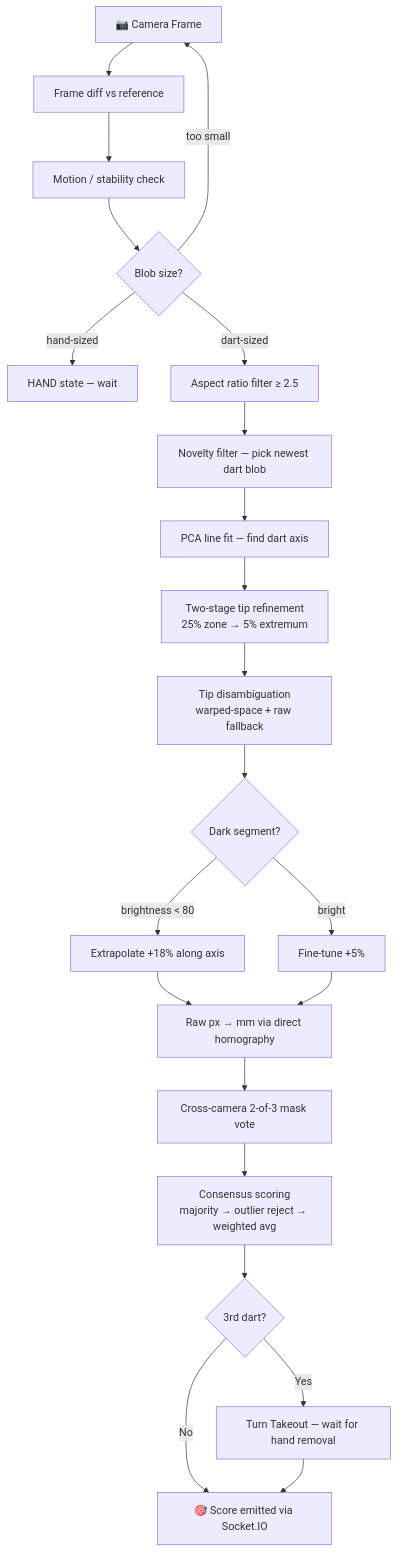
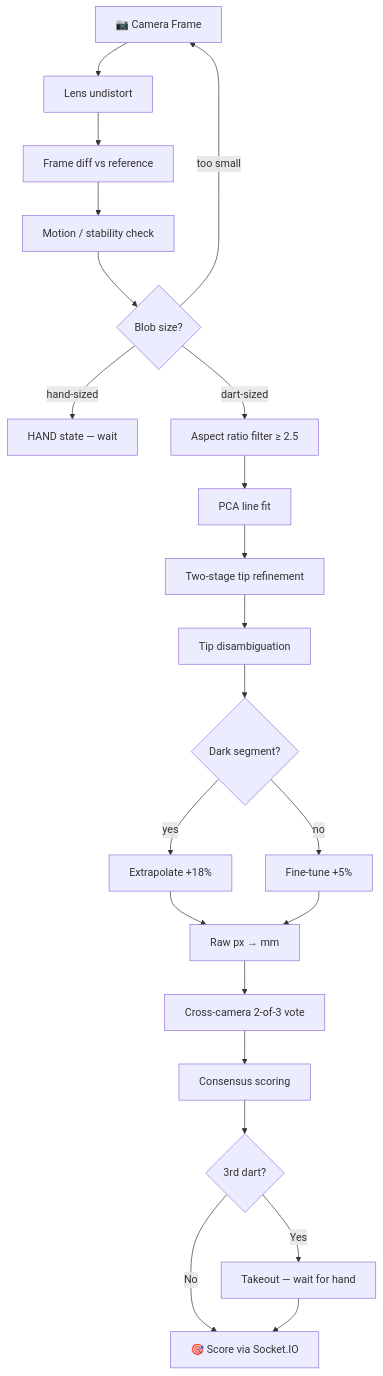
Before and after one commit to kashiwagiren/ThrowVision: the diagram in README.md, drawn with Mermaid. The commit also changed other lines of this file, not shown here.

Commit message:
docs: update README for v1.1.0 (lens cal, 8-pt, auto-refine, changelog)

````diff
--- a/README.md
+++ b/README.md
@@ -440,24 +229,24 @@
 ```mermaid
 flowchart TD
-    A[📷 Camera Frame] --> B[Frame diff vs reference]
+    A[📷 Camera Frame] --> U[Lens undistort]
+    U --> B[Frame diff vs reference]
     B --> C[Motion / stability check]
     C --> D{Blob size?}
-    D -->|too small| A
-    D -->|hand-sized| E[HAND state — wait]
-    D -->|dart-sized| F[Aspect ratio filter ≥ 2.5]
-    F --> G[Novelty filter — pick newest dart blob]
-    G --> H[PCA line fit — find dart axis]
-    H --> I[Two-stage tip refinement\n25% zone → 5% extremum]
-    I --> J[Tip disambiguation\nwarped-space + raw fallback]
+    D --> |too small| A
+    D --> |hand-sized| E[HAND state — wait]
+    D --> |dart-sized| F[Aspect ratio filter ≥ 2.5]
+    F --> H[PCA line fit]
+    H --> I[Two-stage tip refinement]
+    I --> J[Tip disambiguation]
     J --> K{Dark segment?}
-    K -->|brightness < 80| L[Extrapolate +18% along axis]
-    K -->|bright| M[Fine-tune +5%]
-    L --> N[Raw px → mm via direct homography]
+    K --> |yes| L[Extrapolate +18%]
+    K --> |no| M[Fine-tune +5%]
+    L --> N[Raw px → mm]
     M --> N
-    N --> O[Cross-camera 2-of-3 mask vote]
-    O --> P[Consensus scoring\nmajority → outlier reject → weighted avg]
+    N --> O[Cross-camera 2-of-3 vote]
+    O --> P[Consensus scoring]
     P --> Q{3rd dart?}
-    Q -->|Yes| R[Turn Takeout — wait for hand removal]
-    Q -->|No| S[🎯 Score emitted via Socket.IO]
+    Q --> |Yes| R[Takeout — wait for hand]
+    Q --> |No| S[🎯 Score via Socket.IO]
     R --> S
 ```
````
